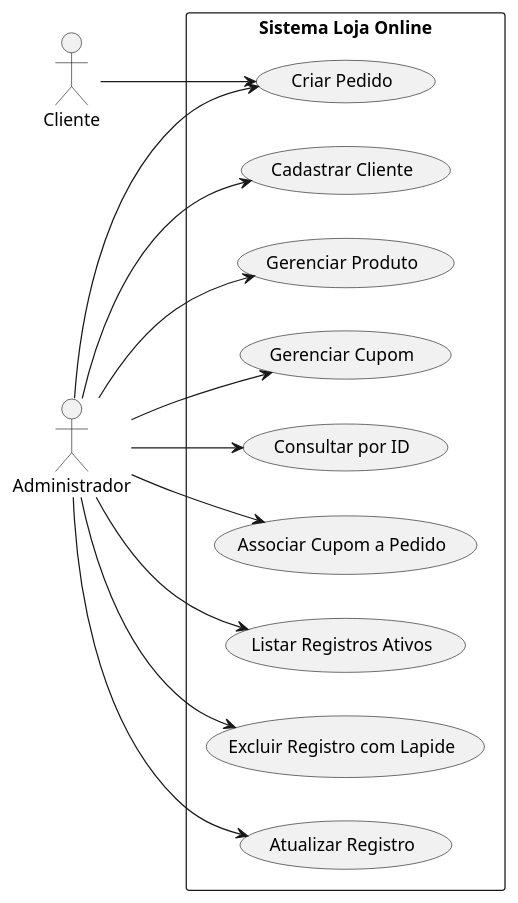
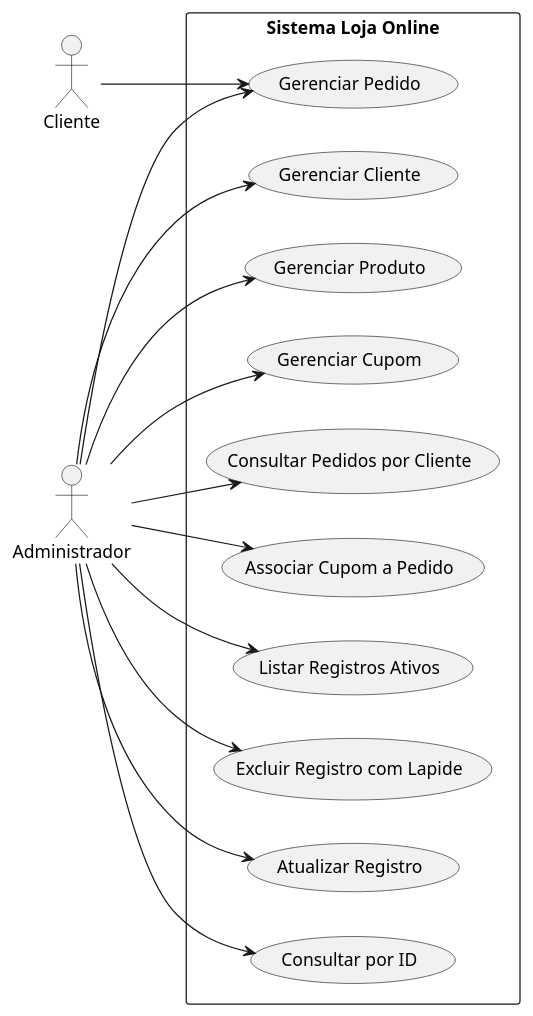
One commit to lucaszanfa/Tp-Aedes3 changed the diagram in docs/DCU.md. Above: the diagram before and after it, drawn with PlantUML. The commit also changed other lines of this file and 28 other files, not shown here.

Commit message:
trocando os diagramas

````diff
--- a/docs/DCU.md
+++ b/docs/DCU.md
@@ -25,32 +26,34 @@
 ```plantuml
 @startuml
 left to right direction
 
 actor Cliente
 actor Administrador
 
 rectangle "Sistema Loja Online" {
-  usecase "Cadastrar Cliente" as UC1
+  usecase "Gerenciar Cliente" as UC1
   usecase "Gerenciar Produto" as UC2
   usecase "Gerenciar Cupom" as UC3
-  usecase "Criar Pedido" as UC4
+  usecase "Gerenciar Pedido" as UC4
   usecase "Associar Cupom a Pedido" as UC5
   usecase "Listar Registros Ativos" as UC6
   usecase "Excluir Registro com Lapide" as UC7
   usecase "Atualizar Registro" as UC8
   usecase "Consultar por ID" as UC9
+  usecase "Consultar Pedidos por Cliente" as UC10
 }
 
 Cliente --> UC4
 
 Administrador --> UC1
 Administrador --> UC2
 Administrador --> UC3
 Administrador --> UC4
 Administrador --> UC5
 Administrador --> UC6
 Administrador --> UC7
 Administrador --> UC8
 Administrador --> UC9
+Administrador --> UC10
 @enduml
 ```
````
